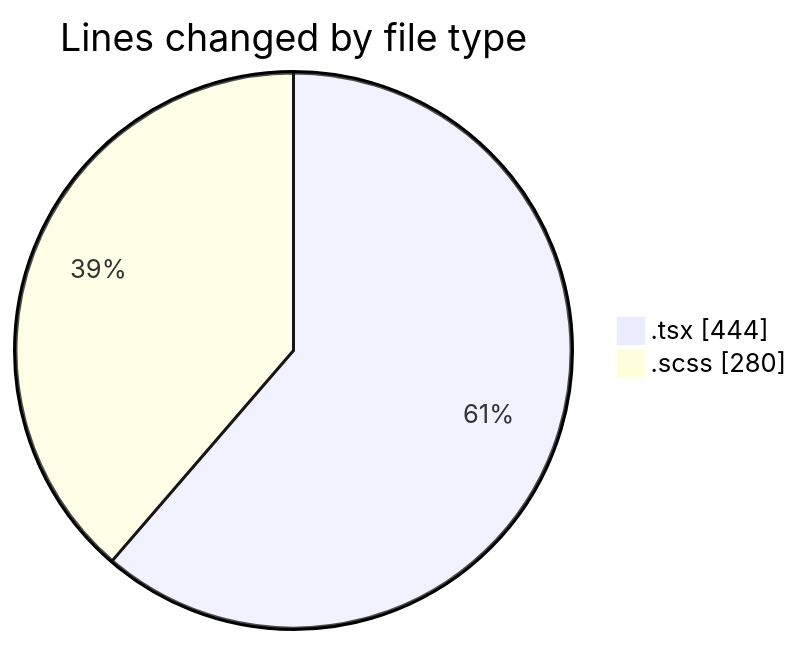
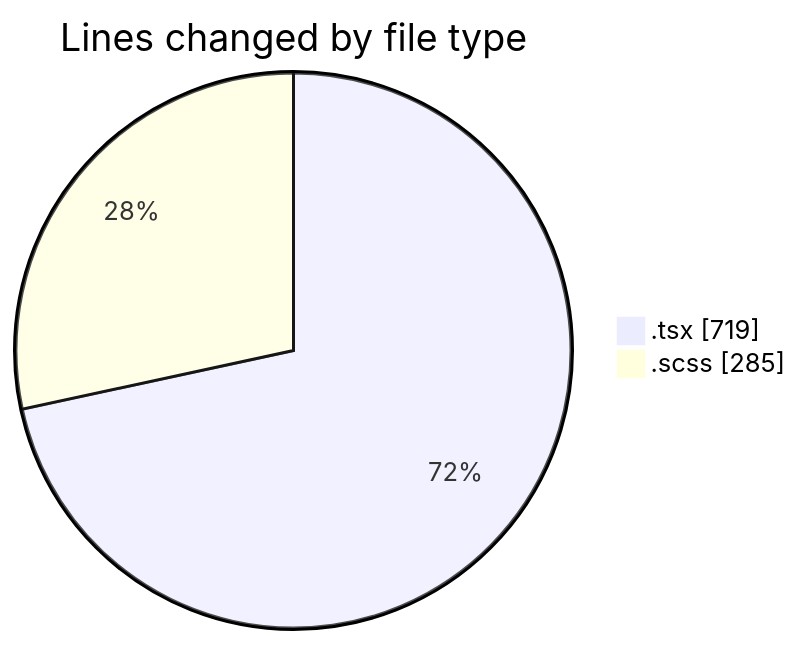
The first of 2 diagrams in 2025-10-06/cda/README.md (momahboobian/code-tracking), drawn with Mermaid before and after one commit. The commit also changed other lines of this file and 1 other file, not shown here.

````diff
--- a/2025-10-06/cda/README.md
+++ b/2025-10-06/cda/README.md
@@ -21,6 +23,6 @@
 ```mermaid
 pie showData
 title Lines changed by file type
-".tsx" : 444
-".scss" : 280
+".tsx" : 719
+".scss" : 285
 ```
````
